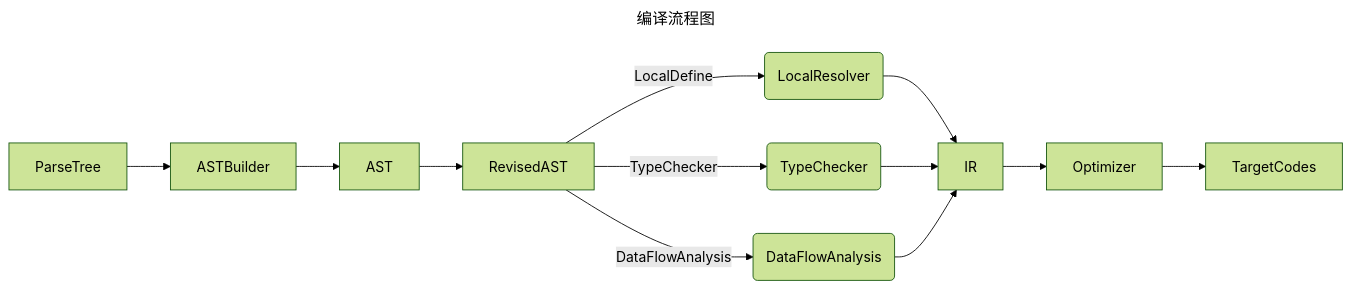
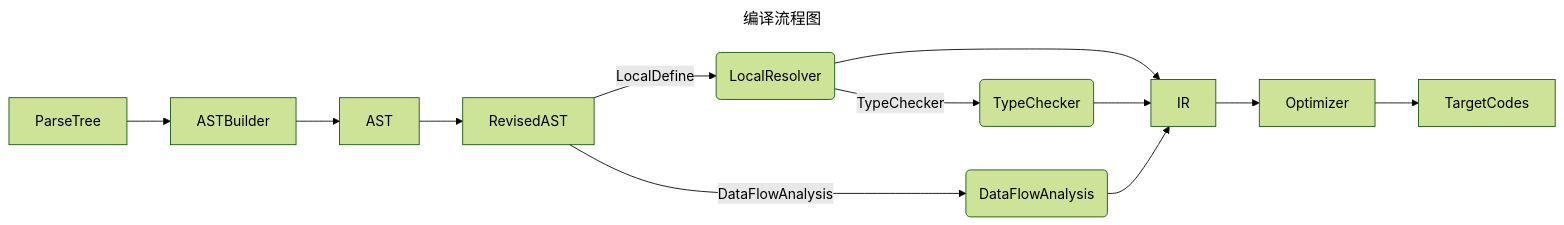
Before and after one commit to whtoo/How_to_implment_PL_in_Antlr4: the diagram in src/org/teachfx/antlr4/ep20/README.md, drawn with Mermaid (forest theme).

Commit message:
1. Docs :: 修订编译步骤描述。

````diff
--- a/src/org/teachfx/antlr4/ep20/README.md
+++ b/src/org/teachfx/antlr4/ep20/README.md
@@ -3,17 +3,17 @@
 ```mermaid
 ---
 title: 编译流程图
 ---
 graph LR
     A[ParseTree] --> B[ASTBuilder]
     B --> C[AST]
     C --> D[RevisedAST]
     D -->|LocalDefine| E(LocalResolver)
-    D -->|TypeChecker| F(TypeChecker)
+    E -->|TypeChecker| F(TypeChecker)
     D -->|DataFlowAnalysis| G(DataFlowAnalysis)
     E --> H[IR]
     F --> H
     G --> H
     H --> I[Optimizer]
     I --> J[TargetCodes]
 ```
````
